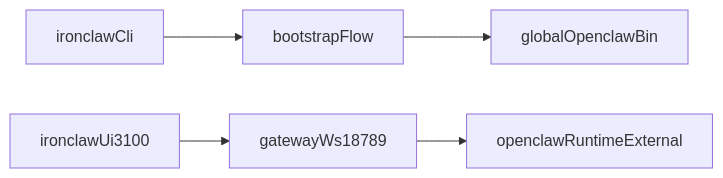
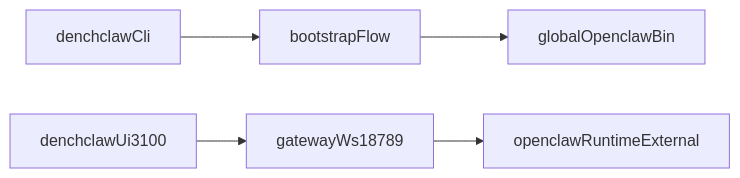
Before and after one commit to TopCS/crmaconsole: the diagram in .cursor/plans/strict-external-openclaw_7c0d1717.plan.md, drawn with Mermaid. The commit also changed other lines of this file and 106 other files, not shown here.

````diff
--- a/.cursor/plans/strict-external-openclaw_7c0d1717.plan.md
+++ b/.cursor/plans/strict-external-openclaw_7c0d1717.plan.md
@@ -50,7 +50,7 @@
 ```mermaid
 flowchart LR
-  ironclawCli[ironclawCli] --> bootstrap[bootstrapFlow]
+  denchclawCli[denchclawCli] --> bootstrap[bootstrapFlow]
   bootstrap --> openclawBin[globalOpenclawBin]
-  ironclawUi[ironclawUi3100] --> gatewayWs[gatewayWs18789]
+  denchclawUi[denchclawUi3100] --> gatewayWs[gatewayWs18789]
   gatewayWs --> openclawRuntime[openclawRuntimeExternal]
 ```
````
